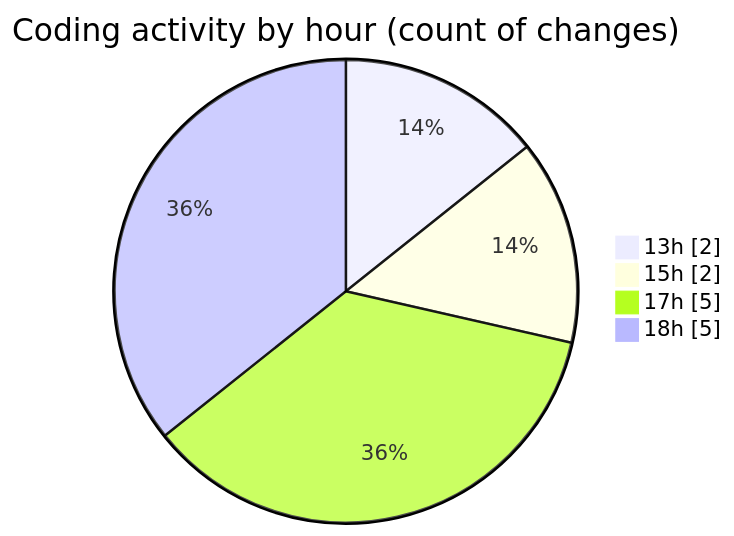
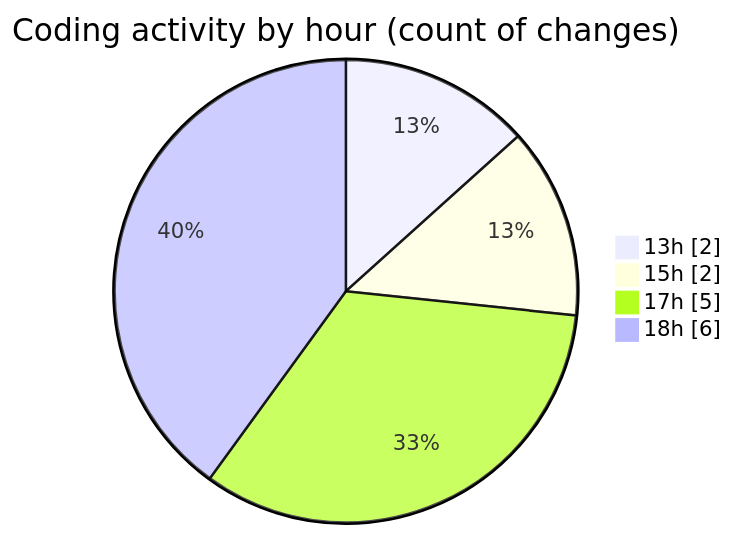
The second of 2 diagrams in 2025-06-23/archive/README.md (JenPaints/code-tracking), drawn with Mermaid before and after one commit. The commit also changed other lines of this file and 1 other file, not shown here.

````diff
--- a/2025-06-23/archive/README.md
+++ b/2025-06-23/archive/README.md
@@ -37,8 +37,8 @@
 ```mermaid
 pie showData
 title Coding activity by hour (count of changes)
 "13h" : 2
 "15h" : 2
 "17h" : 5
-"18h" : 5
+"18h" : 6
 ```
````
